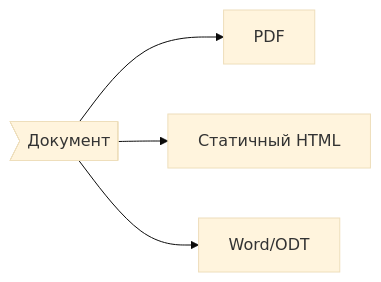
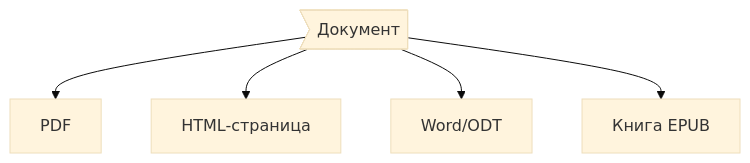
Before and after one commit to Marwolaeth/OTUS_R4DA: the third of 7 diagrams in 01-Quarto/otus-reveal.qmd, drawn with Mermaid (base theme). The commit also changed other lines of this file and 6 other files, not shown here.

````diff
--- a/01-Quarto/otus-reveal.qmd
+++ b/01-Quarto/otus-reveal.qmd
@@ -414,10 +486,11 @@
 ```{mermaid quarto-docs-static}
-flowchart LR
+flowchart TD
  typeD>Документ]
  
  formatPDF[PDF]
- formatHTML[Статичный HTML]
+ formatHTML[HTML-страница]
  formatWord[Word/ODT]
+ formatEPUB[Книга EPUB]
  
- typeD --> formatPDF & formatHTML & formatWord
+ typeD --> formatPDF & formatHTML & formatWord & formatEPUB
 ```
````
